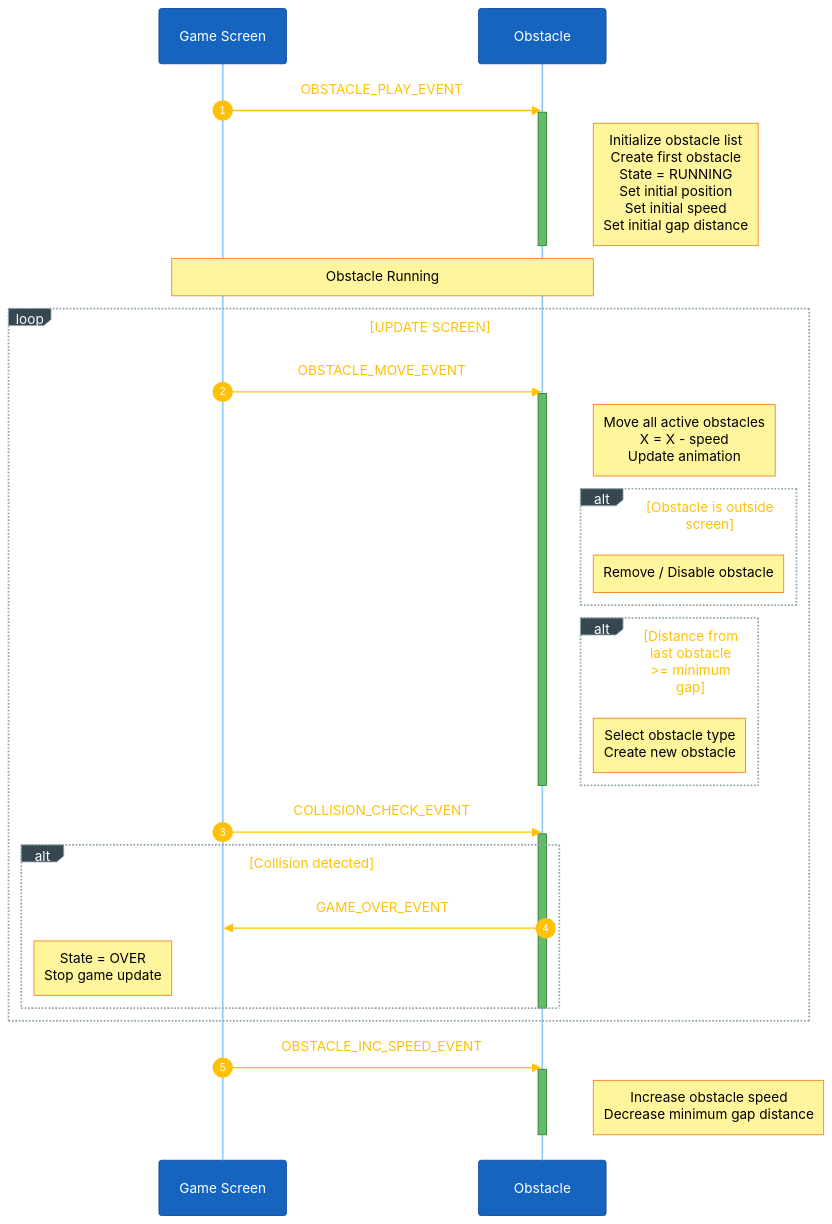
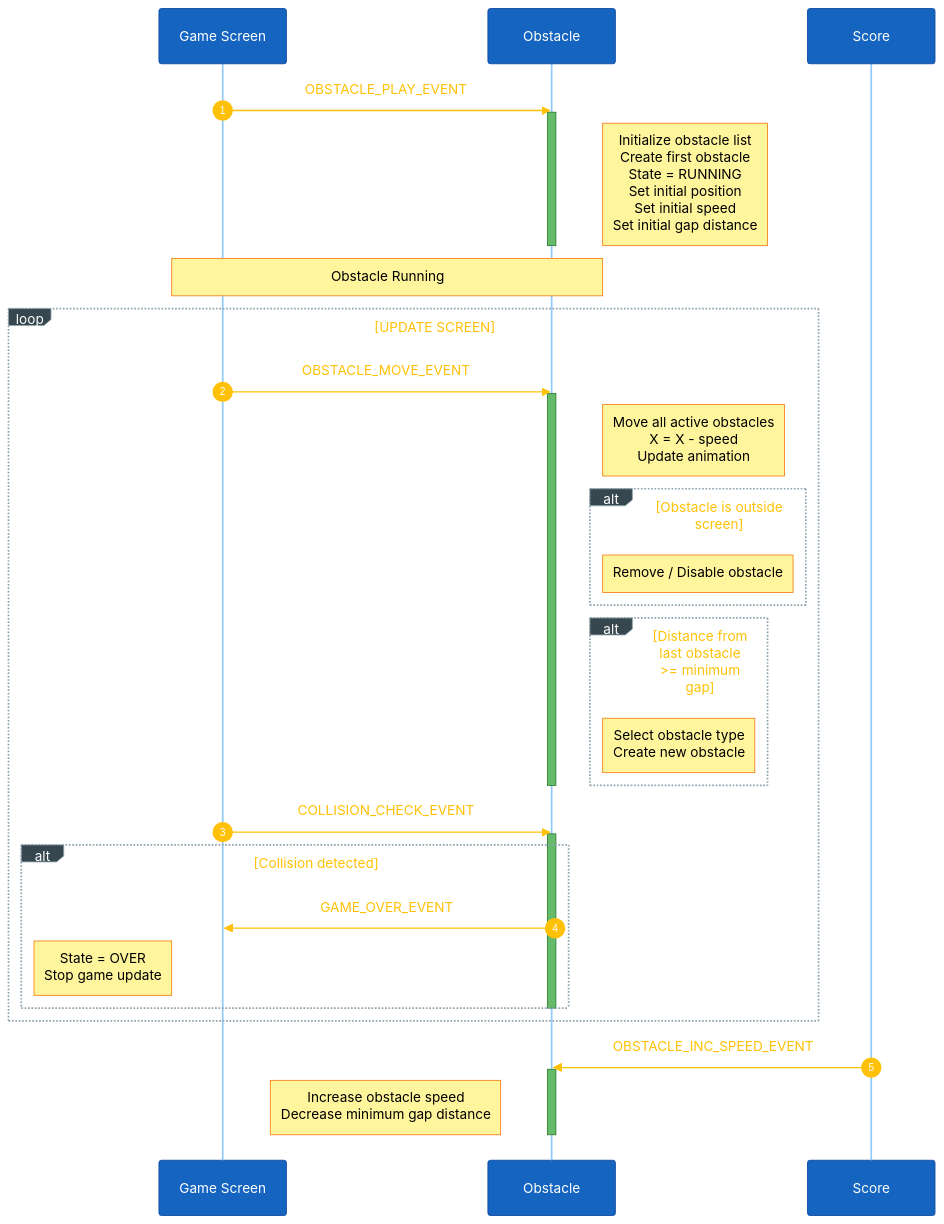
The second of 4 diagrams in resource/guide/03-design-sequence-object.md (truongvanvuembedded/Tiny-Rex), drawn with Mermaid before and after one commit. The commit also changed other lines of this file and 8 other files, not shown here.

````diff
--- a/resource/guide/03-design-sequence-object.md
+++ b/resource/guide/03-design-sequence-object.md
@@ -154,70 +155,70 @@
 ```mermaid
 %%{init: {'theme':'base','themeVariables':{'fontSize':'18px','primaryColor':'#1565c0','primaryTextColor':'#ffffff','primaryBorderColor':'#0d47a1','lineColor':'#90a4ae','signalColor':'#ffc107','signalTextColor':'#ffc107','actorBkg':'#1565c0','actorBorder':'#0d47a1','actorTextColor':'#ffffff','actorLineColor':'#90caf9','noteBkgColor':'#fff59d','noteTextColor':'#000000','noteBorderColor':'#f57f17','activationBkgColor':'#66bb6a','activationBorderColor':'#2e7d32','sequenceNumberColor':'#ffffff','loopTextColor':'#ffc107','labelBoxBkgColor':'#37474f','labelBoxBorderColor':'#90a4ae','labelTextColor':'#ffffff'},'sequence':{'actorMargin':120,'messageFontSize':17,'noteFontSize':15,'actorFontSize':17,'boxMargin':15,'boxTextMargin':8,'noteMargin':12,'useMaxWidth':false}}}%%
 
 sequenceDiagram
 autonumber
 
 participant Scr as Game Screen
 participant Obs as Obstacle
 
 %% ==================================================
 %% Obstacle Play / Initial Setup
 %% ==================================================
 
 Scr->>Obs: OBSTACLE_PLAY_EVENT
 activate Obs
 
 Note right of Obs: Initialize obstacle list<br/>Create first obstacle<br/>State = RUNNING<br/>Set initial position<br/>Set initial speed<br/>Set initial gap distance
 
 deactivate Obs
 
 %% ==================================================
 %% Obstacle Update
 %% ==================================================
 
 Note over Scr,Obs: Obstacle Running
 
 loop UPDATE SCREEN
 
     Scr->>Obs: OBSTACLE_MOVE_EVENT
     activate Obs
 
     Note right of Obs: Move all active obstacles<br/>X = X - speed<br/>Update animation
 
     alt Obstacle is outside screen
         Note right of Obs: Remove / Disable obstacle
     end
 
     alt Distance from last obstacle >= minimum gap
         Note right of Obs: Select obstacle type<br/>Create new obstacle
     end
 
     deactivate Obs
 
     %% --------------------------------------------------
     %% Collision
     %% --------------------------------------------------
 
     Scr->>Obs: COLLISION_CHECK_EVENT
     activate Obs
 
     alt Collision detected
         Obs->>Scr: GAME_OVER_EVENT
         Note left of Scr: State = OVER<br/>Stop game update
     end
 
     deactivate Obs
 
 end
 
 %% ==================================================
 %% Speed Increase
 %% ==================================================
 
-Scr->>Obs: OBSTACLE_INC_SPEED_EVENT
+Score->>Obs: OBSTACLE_INC_SPEED_EVENT
 activate Obs
 
-Note right of Obs: Increase obstacle speed<br/>Decrease minimum gap distance
+Note left of Obs: Increase obstacle speed<br/>Decrease minimum gap distance
 
 deactivate Obs
 ```
````
